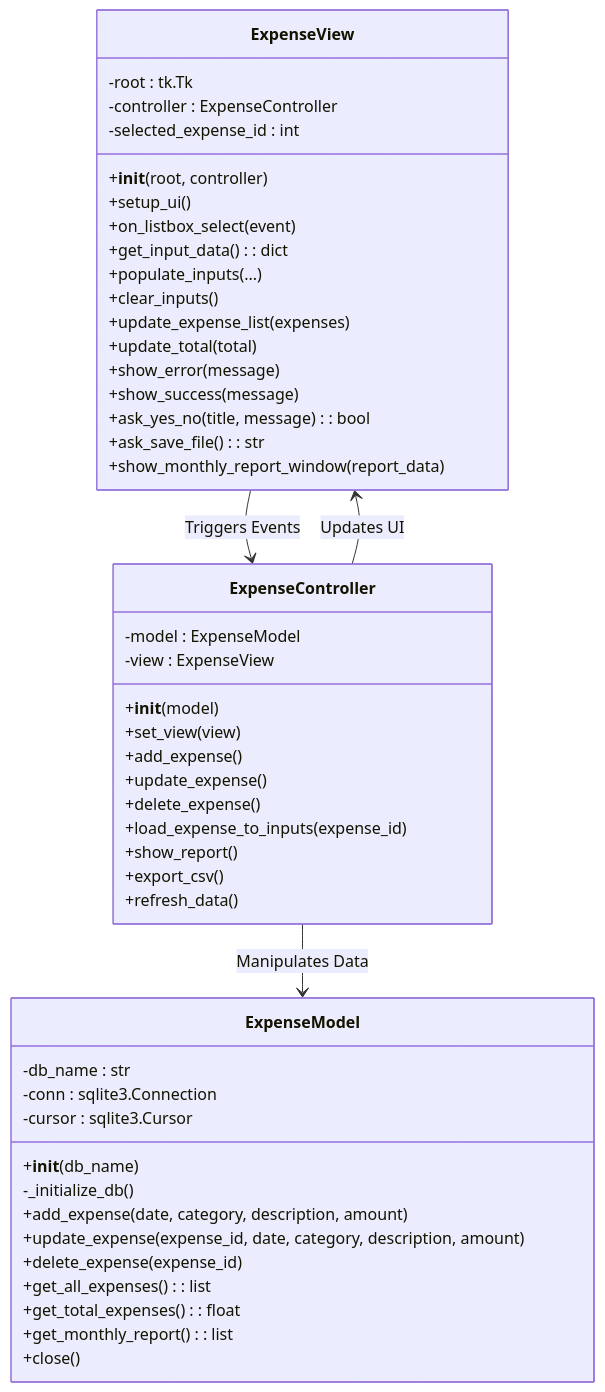
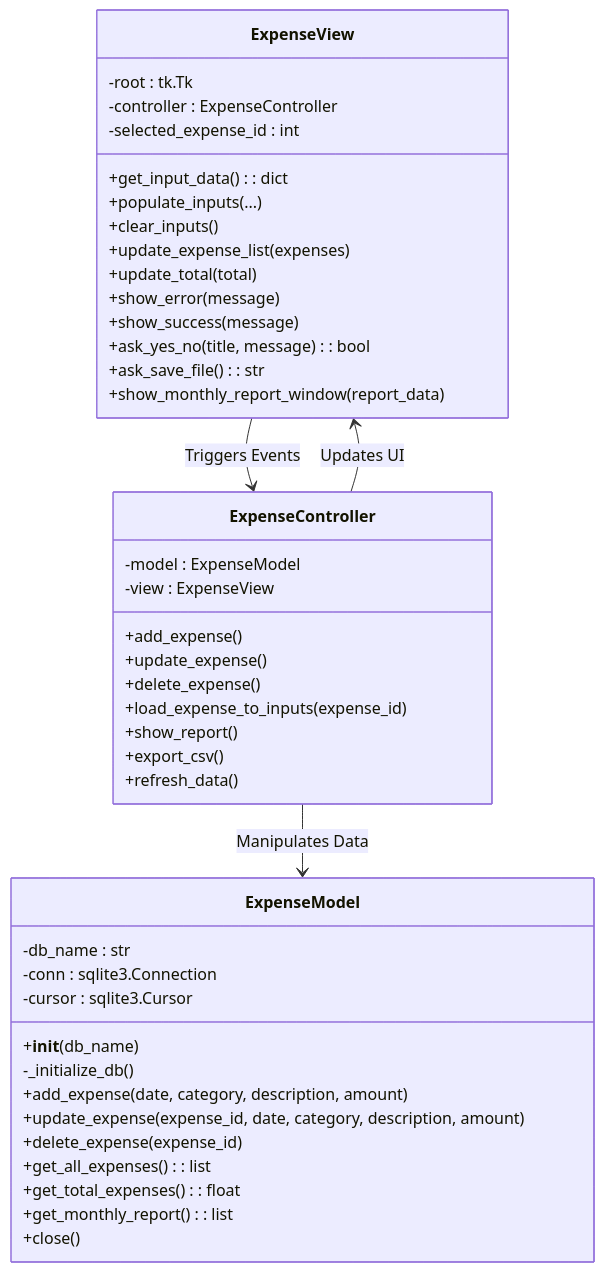
Before and after one commit to Abubakar-dev00/Sir-Haider-Project-4-sem: the first of 6 diagrams in uml_diagrams.md, drawn with Mermaid. The commit also changed other lines of this file, not shown here.

Commit message:
Updated UML diagrams to include individual Sequence Diagrams for each Functional Requirement

````diff
--- a/uml_diagrams.md
+++ b/uml_diagrams.md
@@ -11,54 +11,49 @@
 ```mermaid
 classDiagram
     class ExpenseModel {
         -db_name : str
         -conn : sqlite3.Connection
         -cursor : sqlite3.Cursor
         +__init__(db_name)
         -_initialize_db()
         +add_expense(date, category, description, amount)
         +update_expense(expense_id, date, category, description, amount)
         +delete_expense(expense_id)
         +get_all_expenses() : list
         +get_total_expenses() : float
         +get_monthly_report() : list
         +close()
     }
 
     class ExpenseView {
         -root : tk.Tk
         -controller : ExpenseController
         -selected_expense_id : int
-        +__init__(root, controller)
-        +setup_ui()
-        +on_listbox_select(event)
         +get_input_data() : dict
         +populate_inputs(...)
         +clear_inputs()
         +update_expense_list(expenses)
         +update_total(total)
         +show_error(message)
         +show_success(message)
         +ask_yes_no(title, message) : bool
         +ask_save_file() : str
         +show_monthly_report_window(report_data)
     }
 
     class ExpenseController {
         -model : ExpenseModel
         -view : ExpenseView
-        +__init__(model)
-        +set_view(view)
         +add_expense()
         +update_expense()
         +delete_expense()
         +load_expense_to_inputs(expense_id)
         +show_report()
         +export_csv()
         +refresh_data()
     }
 
     ExpenseController --> ExpenseModel : Manipulates Data
     ExpenseController --> ExpenseView : Updates UI
     ExpenseView --> ExpenseController : Triggers Events
 ```
````
